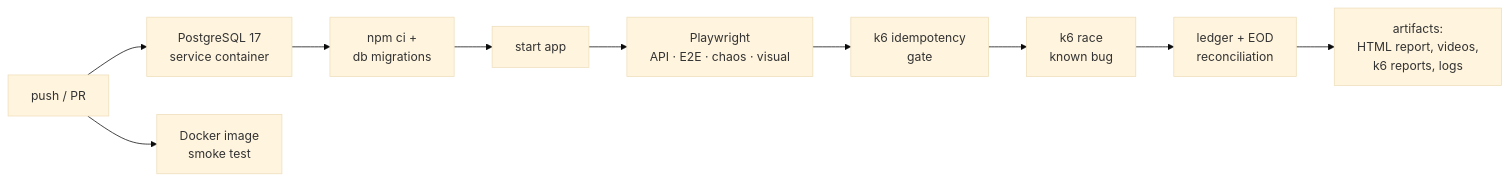
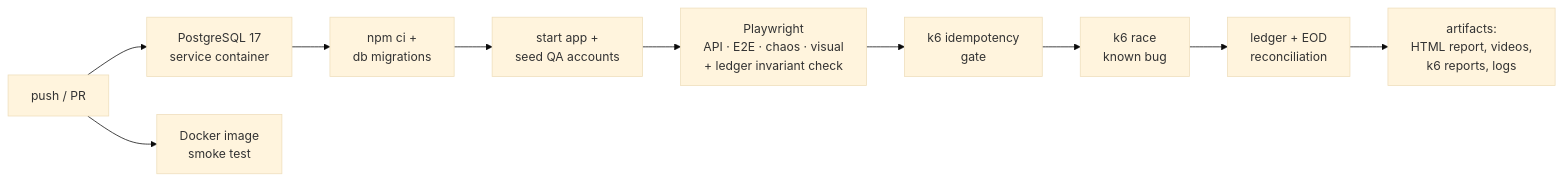
One commit to brylleopada77/PayPulse changed the second of 3 diagrams in README.md. Above: the diagram before and after it, drawn with Mermaid (base theme). The commit also changed other lines of this file and 18 other files, not shown here.

First line of the commit message:
Chaos Engine, ISO 20022 Message Inspector, ledger invariant gate, QA pipeline

````diff
--- a/README.md
+++ b/README.md
@@ -160,12 +164,12 @@
 ```mermaid
 flowchart LR
   A[push / PR] --> B[PostgreSQL 17<br>service container]
   B --> C[npm ci +<br>db migrations]
-  C --> D[start app]
-  D --> E[Playwright<br>API · E2E · chaos · visual]
+  C --> D[start app +<br>seed QA accounts]
+  D --> E[Playwright<br>API · E2E · chaos · visual<br>+ ledger invariant check]
   E --> F[k6 idempotency<br>gate]
   F --> G[k6 race<br>known bug]
   G --> H[ledger + EOD<br>reconciliation]
   H --> I[artifacts:<br>HTML report, videos,<br>k6 reports, logs]
   A --> J[Docker image<br>smoke test]
 ```
````
